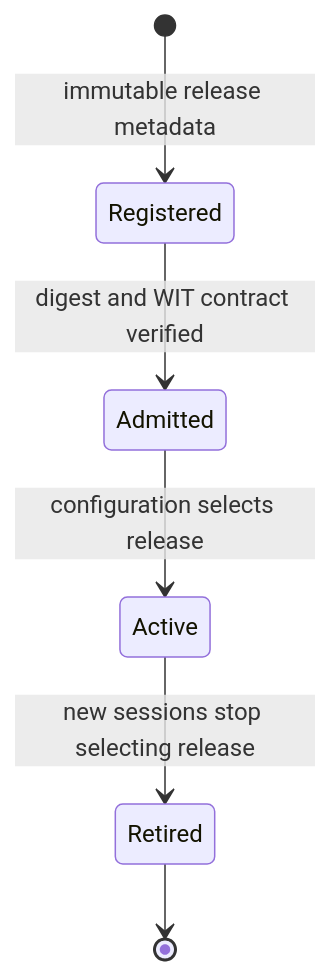
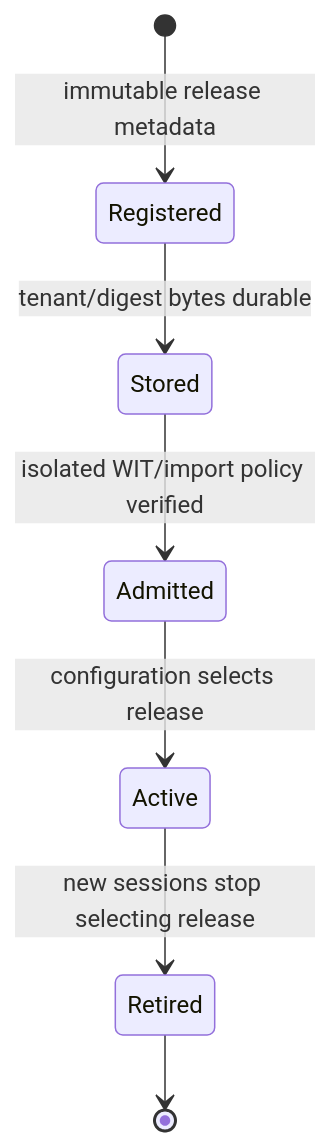
Before and after one commit to stanimirivanov/fleetiq-platform: the first of 2 diagrams in docs/architecture/ingestion.md, drawn with Mermaid. The commit also changed other lines of this file and 69 other files, not shown here.

````diff
--- a/docs/architecture/ingestion.md
+++ b/docs/architecture/ingestion.md
@@ -25,8 +25,9 @@
 ```mermaid
 stateDiagram-v2
     [*] --> Registered: immutable release metadata
-    Registered --> Admitted: digest and WIT contract verified
+    Registered --> Stored: tenant/digest bytes durable
+    Stored --> Admitted: isolated WIT/import policy verified
     Admitted --> Active: configuration selects release
     Active --> Retired: new sessions stop selecting release
     Retired --> [*]
 ```
````
